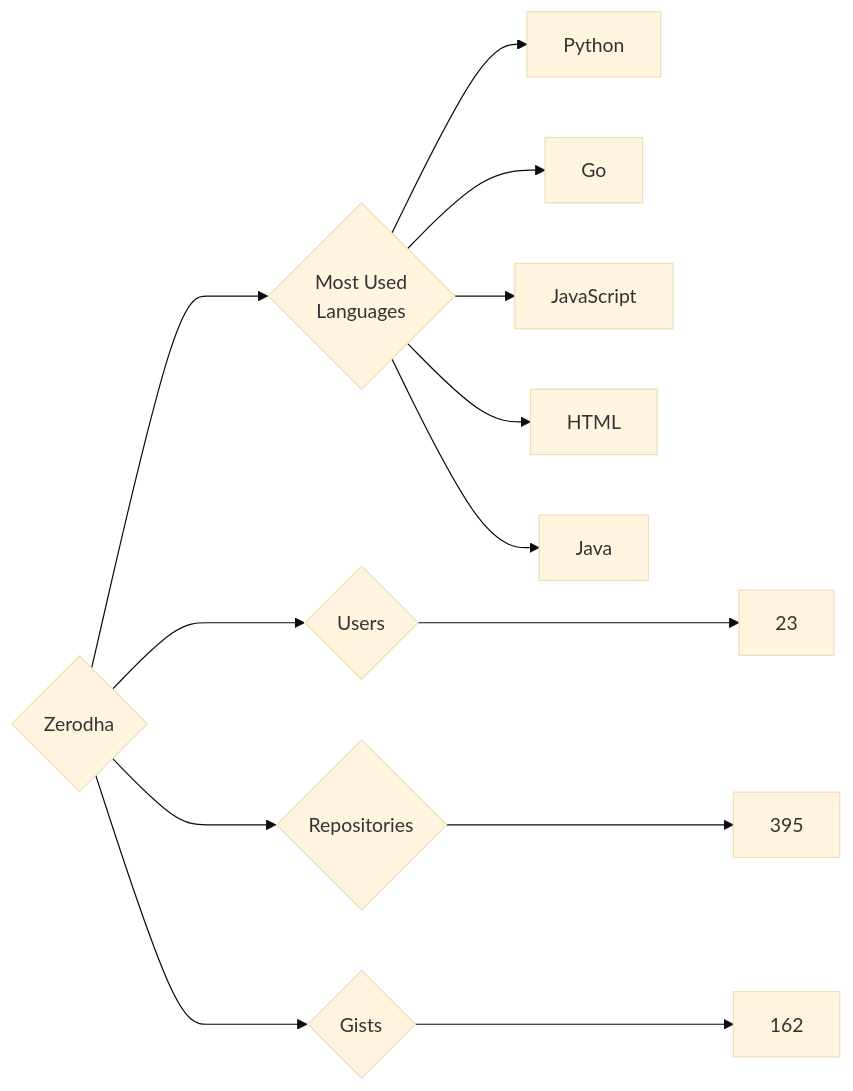
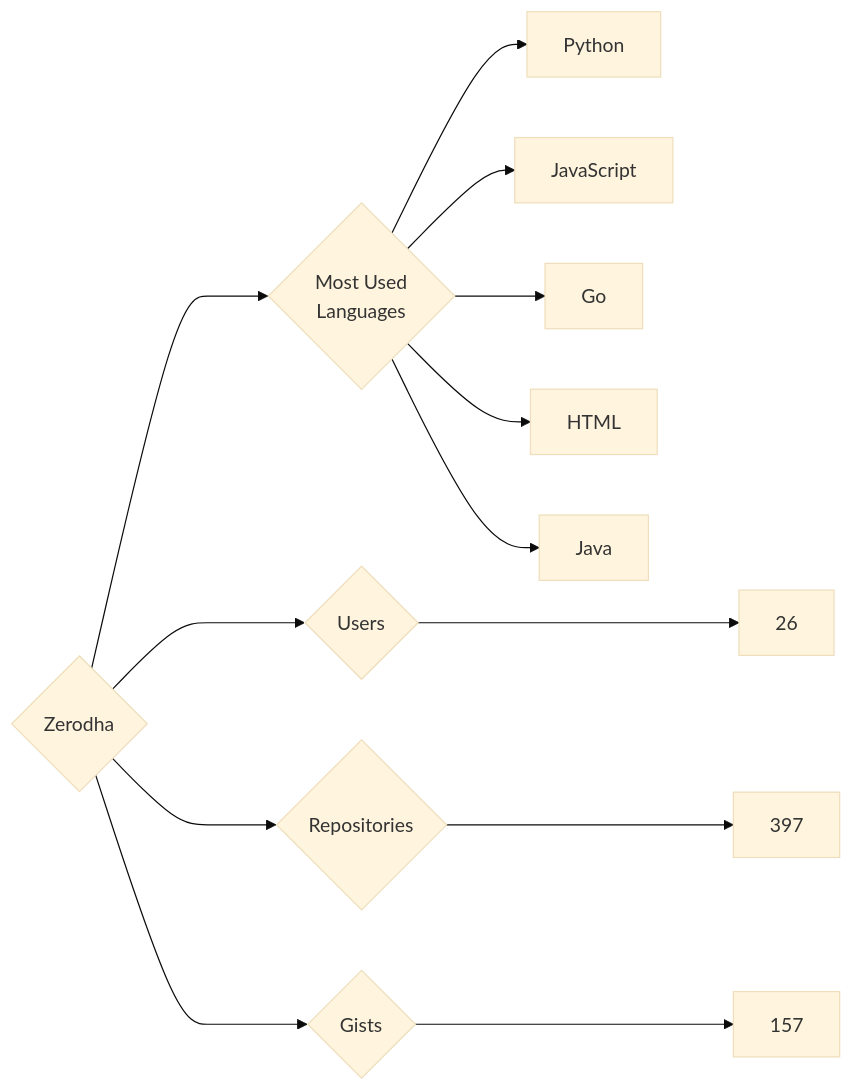
The diagram in targets/Zerodha/README.md (trickest/insiders), drawn with Mermaid (base theme) before and after one commit. The commit also changed 969 other files, not shown here.

````diff
--- a/targets/Zerodha/README.md
+++ b/targets/Zerodha/README.md
@@ -3,13 +3,13 @@
 ```mermaid
 graph LR
 COMPANY_NAME{Zerodha}
-COMPANY_NAME ---> U{Users} ---> UN[23]
-COMPANY_NAME ---> R{Repositories} ---> RN[395]
-COMPANY_NAME ---> G{Gists} ---> GN[162]
+COMPANY_NAME ---> U{Users} ---> UN[26]
+COMPANY_NAME ---> R{Repositories} ---> RN[397]
+COMPANY_NAME ---> G{Gists} ---> GN[157]
 COMPANY_NAME ---> ML{Most Used<br>Languages}
 ML --> Python[Python]
+ML --> JavaScript[JavaScript]
 ML --> Go[Go]
-ML --> JavaScript[JavaScript]
 ML --> HTML[HTML]
 ML --> Java[Java]
 ```
````
